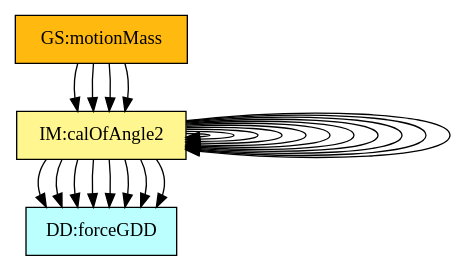
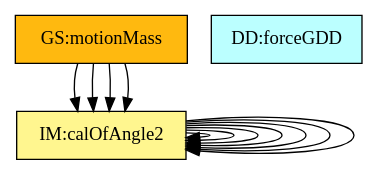
One commit to JacquesCarette/Drasil changed the diagram in code/stable/dblpend/TraceyGraph/allvsall.dot. Above: the diagram before and after it, drawn with Graphviz. The commit also changed 152 other files, not shown here.

```diff
--- a/code/stable/dblpend/TraceyGraph/allvsall.dot
+++ b/code/stable/dblpend/TraceyGraph/allvsall.dot
@@ -1,104 +1,86 @@
 digraph allvsall {
-	theory:v_x1 -> dataDefn:velocity;
-	theory:v_x1 -> dataDefn:p_x1;
-	theory:v_y1 -> dataDefn:velocity;
-	theory:v_y1 -> dataDefn:p_y1;
-	theory:v_x2 -> dataDefn:velocity;
-	theory:v_x2 -> dataDefn:p_x2;
-	theory:v_y2 -> dataDefn:velocity;
-	theory:v_y2 -> dataDefn:p_y2;
 	theory:angleIM1 -> theory:angleIM2;
-	theory:angleIM2 -> theory:a_x1;
-	theory:angleIM2 -> theory:a_y1;
-	theory:angleIM2 -> theory:a_x2;
-	theory:angleIM2 -> theory:a_y2;
-	theory:angleIM2 -> theory:xForce1;
-	theory:angleIM2 -> theory:yForce1;
-	theory:angleIM2 -> theory:xForce2;
-	theory:angleIM2 -> theory:yForce2;
+	theory:angleIM2 -> theory:a_mv1;
+	theory:angleIM2 -> theory:a_mv2;
+	theory:angleIM2 -> theory:F_mv1;
+	theory:angleIM2 -> theory:F_mv2;
 	theory:angleIM2 -> theory:angleIM1;
 	theory:angleIM2 -> theory:angleIM2;
 	instance:calcAng -> theory:angleIM1;
 	instance:calcAng -> theory:angleIM2;
 	instance:outputValues -> theory:angleIM1;
 	instance:outputValues -> theory:angleIM2;
 
 
 	instance:twoDMotion	[shape=box, color=black, style=filled, fillcolor=mistyrose, label="A:twoDMotion"];
 	instance:cartSys	[shape=box, color=black, style=filled, fillcolor=mistyrose, label="A:cartSys"];
 	instance:cartSysR	[shape=box, color=black, style=filled, fillcolor=mistyrose, label="A:cartSysR"];
 	instance:yAxisDir	[shape=box, color=black, style=filled, fillcolor=mistyrose, label="A:yAxisDir"];
 
 	subgraph A {
 	rank="same"
 	{instance:twoDMotion, instance:cartSys, instance:cartSysR, instance:yAxisDir}
 	}
 
-	dataDefn:velocity	[shape=box, color=black, style=filled, fillcolor=paleturquoise1, label="DD:positionGDD"];
+	dataDefn:velocity	[shape=box, color=black, style=filled, fillcolor=paleturquoise1, label="DD:velocityGDD"];
 	dataDefn:p_x1	[shape=box, color=black, style=filled, fillcolor=paleturquoise1, label="DD:positionXDD1"];
 	dataDefn:p_y1	[shape=box, color=black, style=filled, fillcolor=paleturquoise1, label="DD:positionYDD1"];
 	dataDefn:p_x2	[shape=box, color=black, style=filled, fillcolor=paleturquoise1, label="DD:positionXDD2"];
 	dataDefn:p_y2	[shape=box, color=black, style=filled, fillcolor=paleturquoise1, label="DD:positionYDD2"];
 	dataDefn:acceleration	[shape=box, color=black, style=filled, fillcolor=paleturquoise1, label="DD:accelerationGDD"];
-	dataDefn:force	[shape=box, color=black, style=filled, fillcolor=paleturquoise1, label="DD:forceGDD"];
+	dataDefn:F_mv1	[shape=box, color=black, style=filled, fillcolor=paleturquoise1, label="DD:forceGDD"];
 
 	subgraph DD {
 	rank="same"
-	{dataDefn:velocity, dataDefn:p_x1, dataDefn:p_y1, dataDefn:p_x2, dataDefn:p_y2, dataDefn:acceleration, dataDefn:force}
+	{dataDefn:velocity, dataDefn:p_x1, dataDefn:p_y1, dataDefn:p_x2, dataDefn:p_y2, dataDefn:acceleration, dataDefn:F_mv1}
 	}
 
 	theory:accelerationTM	[shape=box, color=black, style=filled, fillcolor=pink, label="TM:acceleration"];
 	theory:velocityTM	[shape=box, color=black, style=filled, fillcolor=pink, label="TM:velocity"];
 	theory:newtonSL	[shape=box, color=black, style=filled, fillcolor=pink, label="TM:NewtonSecLawMot"];
 
 	subgraph TM {
 	rank="same"
 	{theory:accelerationTM, theory:velocityTM, theory:newtonSL}
 	}
 
-	theory:v_x1	[shape=box, color=black, style=filled, fillcolor=palegreen, label="GD:velocityX1"];
-	theory:v_y1	[shape=box, color=black, style=filled, fillcolor=palegreen, label="GD:velocityY1"];
-	theory:v_x2	[shape=box, color=black, style=filled, fillcolor=palegreen, label="GD:velocityX2"];
-	theory:v_y2	[shape=box, color=black, style=filled, fillcolor=palegreen, label="GD:velocityY2"];
-	theory:a_x1	[shape=box, color=black, style=filled, fillcolor=palegreen, label="GD:accelerationX1"];
-	theory:a_y1	[shape=box, color=black, style=filled, fillcolor=palegreen, label="GD:accelerationY1"];
-	theory:a_x2	[shape=box, color=black, style=filled, fillcolor=palegreen, label="GD:accelerationX2"];
-	theory:a_y2	[shape=box, color=black, style=filled, fillcolor=palegreen, label="GD:accelerationY2"];
-	theory:xForce1	[shape=box, color=black, style=filled, fillcolor=palegreen, label="GD:xForce1"];
-	theory:yForce1	[shape=box, color=black, style=filled, fillcolor=palegreen, label="GD:yForce1"];
-	theory:xForce2	[shape=box, color=black, style=filled, fillcolor=palegreen, label="GD:xForce2"];
-	theory:yForce2	[shape=box, color=black, style=filled, fillcolor=palegreen, label="GD:yForce2"];
+	theory:v_mv1	[shape=box, color=black, style=filled, fillcolor=palegreen, label="GD:multivectorVelocity1"];
+	theory:v_mv2	[shape=box, color=black, style=filled, fillcolor=palegreen, label="GD:multivectorVelocity2"];
+	theory:a_mv1	[shape=box, color=black, style=filled, fillcolor=palegreen, label="GD:multivectorAcceleration1"];
+	theory:a_mv2	[shape=box, color=black, style=filled, fillcolor=palegreen, label="GD:multivectorAcceleration2"];
+	theory:F_mv1	[shape=box, color=black, style=filled, fillcolor=palegreen, label="GD:multivectorForce1"];
+	theory:F_mv2	[shape=box, color=black, style=filled, fillcolor=palegreen, label="GD:multivectorForce2"];
 
 	subgraph GD {
 	rank="same"
-	{theory:v_x1, theory:v_y1, theory:v_x2, theory:v_y2, theory:a_x1, theory:a_y1, theory:a_x2, theory:a_y2, theory:xForce1, theory:yForce1, theory:xForce2, theory:yForce2}
+	{theory:v_mv1, theory:v_mv2, theory:a_mv1, theory:a_mv2, theory:F_mv1, theory:F_mv2}
 	}
 
 	theory:angleIM1	[shape=box, color=black, style=filled, fillcolor=khaki1, label="IM:calOfAngle1"];
 	theory:angleIM2	[shape=box, color=black, style=filled, fillcolor=khaki1, label="IM:calOfAngle2"];
 
 	subgraph IM {
 	rank="same"
 	{theory:angleIM1, theory:angleIM2}
 	}
 
 	instance:inputValues	[shape=box, color=black, style=filled, fillcolor=ivory, label="FR:inputValues"];
 	instance:verifyInptVals	[shape=box, color=black, style=filled, fillcolor=ivory, label="FR:verifyInptVals"];
 	instance:calcAng	[shape=box, color=black, style=filled, fillcolor=ivory, label="FR:calcAng"];
 	instance:outputValues	[shape=box, color=black, style=filled, fillcolor=ivory, label="FR:outputValues"];
 	instance:correct	[shape=box, color=black, style=filled, fillcolor=ivory, label="NFR:correct"];
 	instance:portable	[shape=box, color=black, style=filled, fillcolor=ivory, label="NFR:portable"];
 
 	subgraph FR {
 	rank="same"
 	{instance:inputValues, instance:verifyInptVals, instance:calcAng, instance:outputValues, instance:correct, instance:portable}
 	}
 
 	instance:motionMass	[shape=box, color=black, style=filled, fillcolor=darkgoldenrod1, label="GS:motionMass"];
 
 	subgraph GS {
 	rank="same"
 	{instance:motionMass}
 	}
 
 }
```
